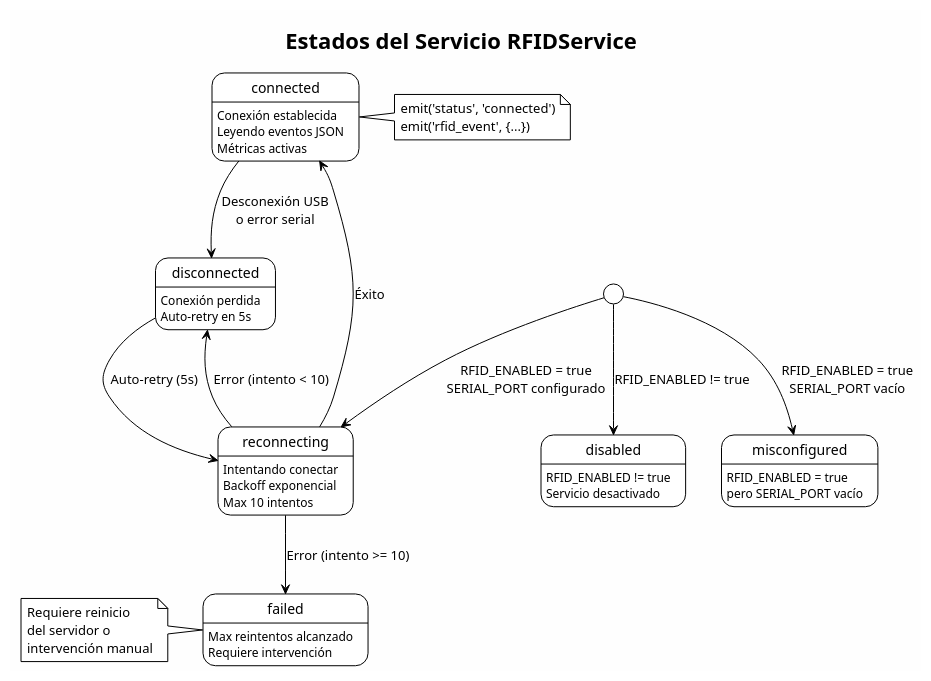
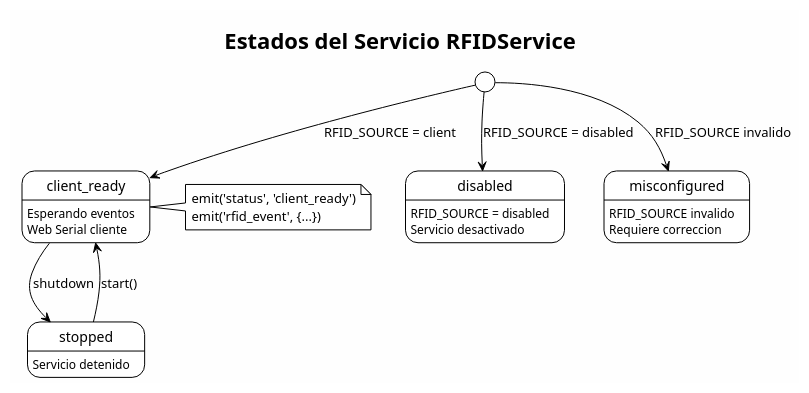
The diagram in backend/docs/diagrams/rfid_service_states.puml (Samuel-Prog-CSec/TFG-IoT), drawn with PlantUML before and after one commit. The commit also changed 37 other files, not shown here.

First line of the commit message:
feat: migración de la arquitectura RFID a la API Web Serial

```diff
--- a/backend/docs/diagrams/rfid_service_states.puml
+++ b/backend/docs/diagrams/rfid_service_states.puml
@@ -1,65 +1,42 @@
 @startuml RFID_Service_States
 
 !theme plain
 skinparam backgroundColor #FEFEFE
 
 title Estados del Servicio RFIDService
 
 state "disabled" as DISABLED {
-    DISABLED : RFID_ENABLED != true
+    DISABLED : RFID_SOURCE = disabled
     DISABLED : Servicio desactivado
 }
 
 state "misconfigured" as MISCONF {
-    MISCONF : RFID_ENABLED = true
-    MISCONF : pero SERIAL_PORT vacío
+    MISCONF : RFID_SOURCE invalido
+    MISCONF : Requiere correccion
 }
 
-state "reconnecting" as RECON {
-    RECON : Intentando conectar
-    RECON : Backoff exponencial
-    RECON : Max 10 intentos
+state "client_ready" as READY {
+    READY : Esperando eventos
+    READY : Web Serial cliente
 }
 
-state "connected" as CONN {
-    CONN : Conexión establecida
-    CONN : Leyendo eventos JSON
-    CONN : Métricas activas
+state "stopped" as STOPPED {
+    STOPPED : Servicio detenido
 }
 
-state "disconnected" as DISC {
-    DISC : Conexión perdida
-    DISC : Auto-retry en 5s
-}
+[*] --> DISABLED : RFID_SOURCE = disabled
 
-state "failed" as FAILED {
-    FAILED : Max reintentos alcanzado
-    FAILED : Requiere intervención
-}
+[*] --> READY : RFID_SOURCE = client
 
-[*] --> DISABLED : RFID_ENABLED != true
+[*] --> MISCONF : RFID_SOURCE invalido
 
-[*] --> MISCONF : RFID_ENABLED = true\nSERIAL_PORT vacío
+READY --> STOPPED : shutdown
 
-[*] --> RECON : RFID_ENABLED = true\nSERIAL_PORT configurado
+STOPPED --> READY : start()
 
-RECON --> CONN : Éxito
-RECON --> DISC : Error (intento < 10)
-RECON --> FAILED : Error (intento >= 10)
-
-CONN --> DISC : Desconexión USB\no error serial
-
-DISC --> RECON : Auto-retry (5s)
-
-note right of CONN
-  emit('status', 'connected')
+note right of READY
+  emit('status', 'client_ready')
   emit('rfid_event', {...})
 end note
 
-note left of FAILED
-  Requiere reinicio
-  del servidor o
-  intervención manual
-end note
-
 @enduml
```
